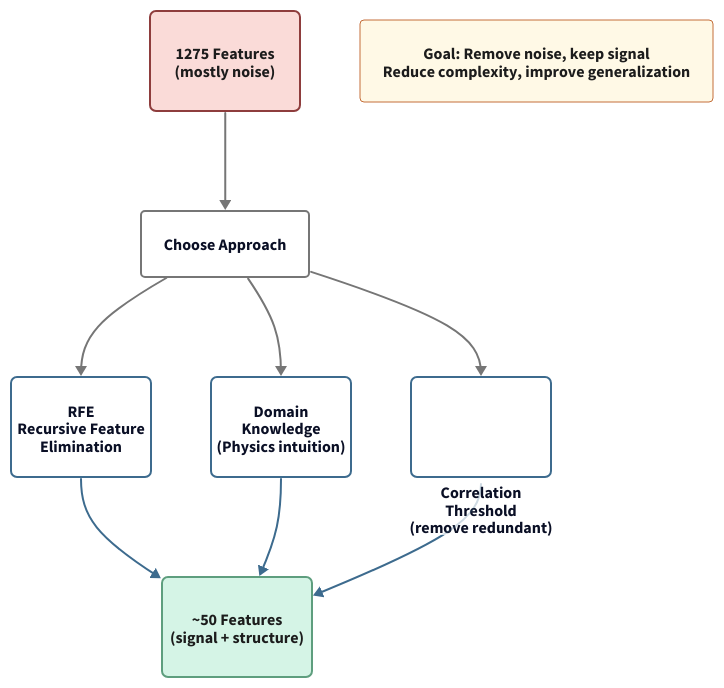
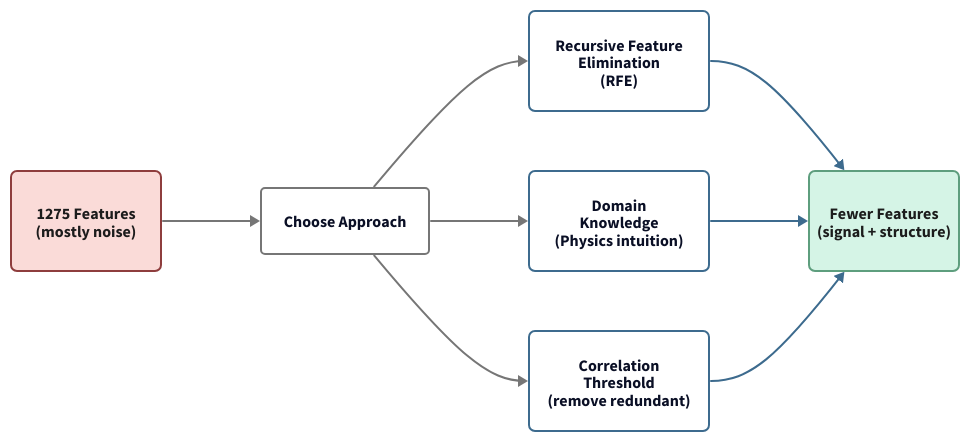
Before and after one commit to dannycab/MSU_REU_ML_course: the diagram in slides/figures/d2/feature-selection-flow.d2, drawn with D2. The commit also changed 39 other files, not shown here.

```diff
--- a/slides/figures/d2/feature-selection-flow.d2
+++ b/slides/figures/d2/feature-selection-flow.d2
@@ -1,77 +1,68 @@
 # Feature Selection: Choosing which features matter
 
-direction: down
+direction: right
 
 start: "1275 Features\n(mostly noise)" {
   style.fill: "#fadbd8"
   style.stroke: "#8E3D3D"
   style.font-color: "#1C1C1C"
   style.border-radius: 6
   style.stroke-width: 2
   width: 150
   height: 100
 }
 
 approach: "Choose Approach" {
   style.fill: "transparent"
   style.stroke: "#767676"
   style.border-radius: 4
 }
 
 start -> approach: {style.stroke: "#767676"; style.stroke-width: 2}
 
 # Three approaches
 approach -> rfe: {style.stroke: "#767676"}
 approach -> domain: {style.stroke: "#767676"}
 approach -> threshold: {style.stroke: "#767676"}
 
-rfe: "RFE\nRecursive Feature\nElimination" {
+rfe: "Recursive Feature\nElimination\n(RFE)" {
   style.fill: "transparent"
   style.stroke: "#3D6B8E"
   style.border-radius: 6
   style.stroke-width: 2
-  width: 140
+  width: 180
   height: 100
 }
 
 domain: "Domain\nKnowledge\n(Physics intuition)" {
   style.fill: "transparent"
   style.stroke: "#3D6B8E"
   style.border-radius: 6
   style.stroke-width: 2
-  width: 140
+  width: 180
   height: 100
 }
 
 threshold: "Correlation\nThreshold\n(remove redundant)" {
   style.fill: "transparent"
   style.stroke: "#3D6B8E"
   style.border-radius: 6
   style.stroke-width: 2
-  width: 140
+  width: 180
   height: 100
 }
 
 # Converge to result
 rfe -> result: {style.stroke: "#3D6B8E"}
 domain -> result: {style.stroke: "#3D6B8E"}
 threshold -> result: {style.stroke: "#3D6B8E"}
 
-result: "~50 Features\n(signal + structure)" {
+result: "Fewer Features\n(signal + structure)" {
   style.fill: "#d5f4e6"
   style.stroke: "#5E9E7E"
   style.font-color: "#1C1C1C"
   style.border-radius: 6
   style.stroke-width: 2
   width: 150
   height: 100
 }
-
-# Note
-note: "Goal: Remove noise, keep signal\nReduce complexity, improve generalization" {
-  style.fill: "#fff9e6"
-  style.stroke: "#C46E3A"
-  style.font-color: "#1C1C1C"
-  style.border-radius: 4
-  style.stroke-width: 1
-}
```
